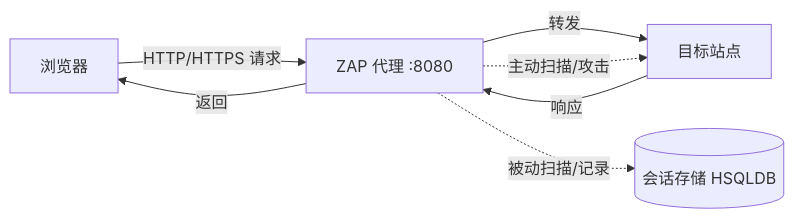
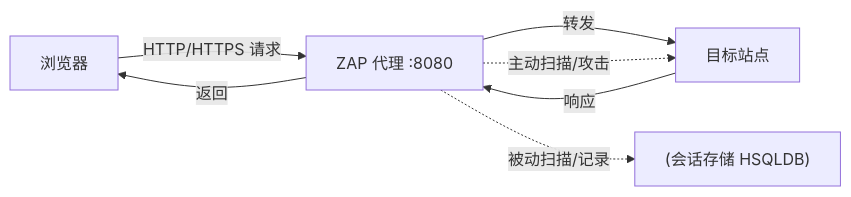
The diagram in zap/02-ZAP与中间人代理.md (cuitzeno/my-knowledgebase), drawn with Mermaid before and after one commit. The commit also changed 48 other files, not shown here.

First line of the commit message:
fix(mermaid): 批量修复 32 处 Syntax error in text

````diff
--- a/zap/02-ZAP与中间人代理.md
+++ b/zap/02-ZAP与中间人代理.md
@@ -14,9 +14,9 @@
 ```mermaid
 graph LR
-  A[浏览器] -->|HTTP/HTTPS 请求| B[ZAP 代理 :8080]
+  A[浏览器] -->|HTTP/HTTPS 请求| B["ZAP 代理 :8080"]
   B -->|转发| C[目标站点]
   C -->|响应| B
   B -->|返回| A
-  B -.->|被动扫描/记录| D[(会话存储 HSQLDB)]
+  B -.->|被动扫描/记录| D["(会话存储 HSQLDB)"]
   B -.->|主动扫描/攻击| C
 ```
````
